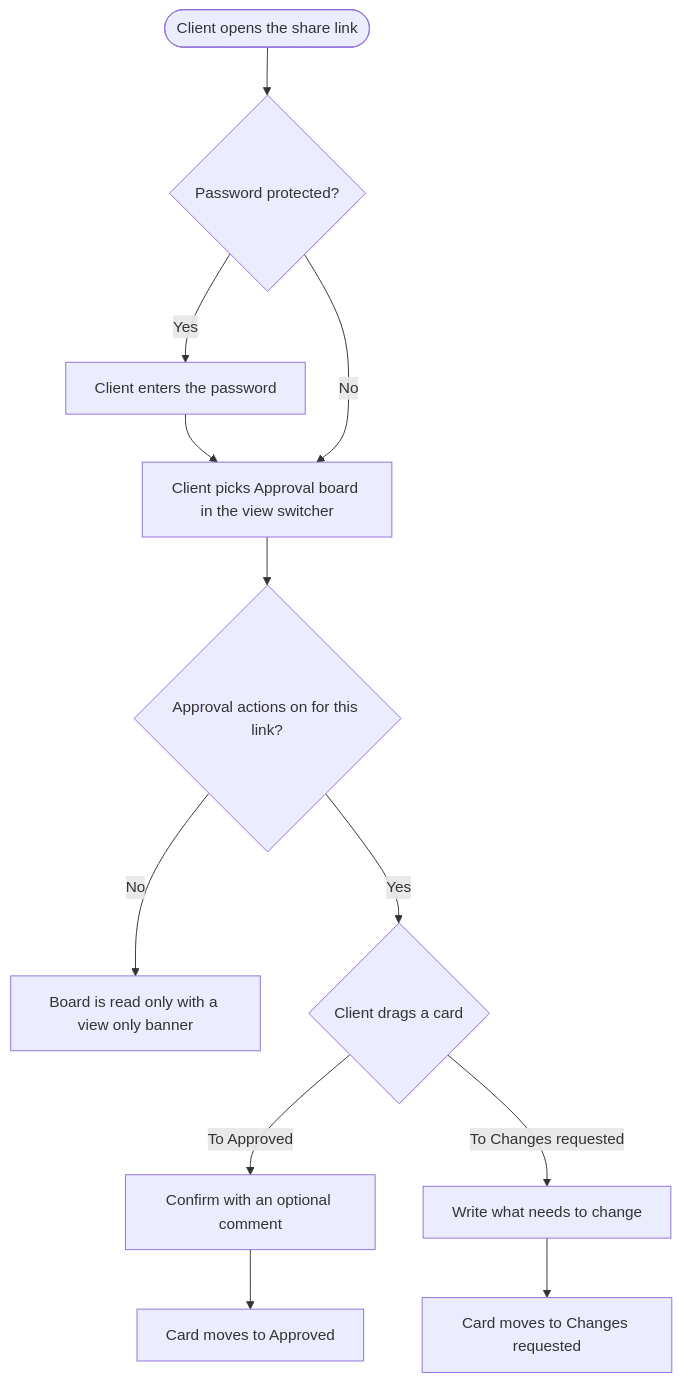
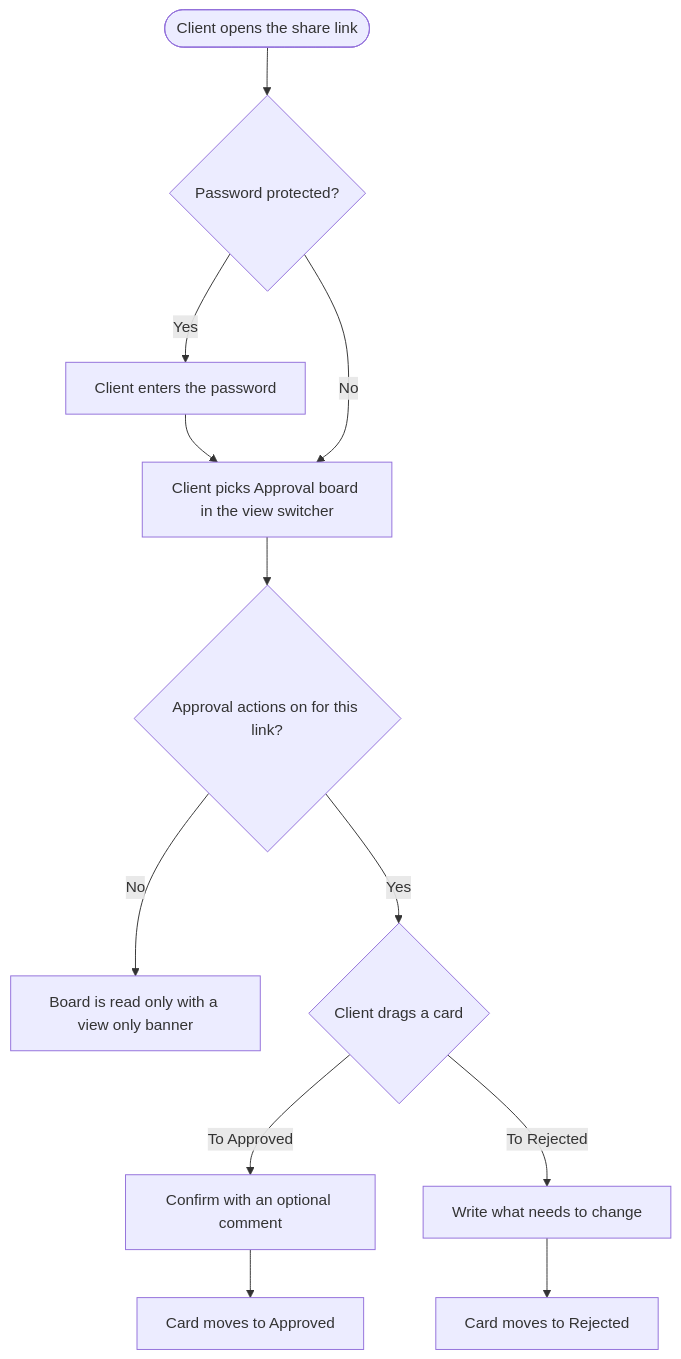
Before and after one commit to Ghulam-Jaffar/contentstudio-agentic-product-pipeline: the second of 2 diagrams in docs/features/approval-board-view/04-epic-and-stories.md, drawn with Mermaid. The commit also changed other lines of this file and 16 other files, not shown here.

````diff
--- a/docs/features/approval-board-view/04-epic-and-stories.md
+++ b/docs/features/approval-board-view/04-epic-and-stories.md
@@ -1127,13 +1127,13 @@
 ```mermaid
 flowchart TD
     Open([Client opens the share link]) --> Pass{Password protected?}
     Pass -->|Yes| Enter[Client enters the password] --> Views
     Pass -->|No| Views[Client picks Approval board in the view switcher]
     Views --> Allowed{Approval actions on for this link?}
     Allowed -->|No| ReadOnly[Board is read only with a view only banner]
     Allowed -->|Yes| Act{Client drags a card}
     Act -->|To Approved| Approve[Confirm with an optional comment]
-    Act -->|To Changes requested| Reject[Write what needs to change]
+    Act -->|To Rejected| Reject[Write what needs to change]
     Approve --> MovedA[Card moves to Approved]
-    Reject --> MovedC[Card moves to Changes requested]
+    Reject --> MovedC[Card moves to Rejected]
 ```
````
